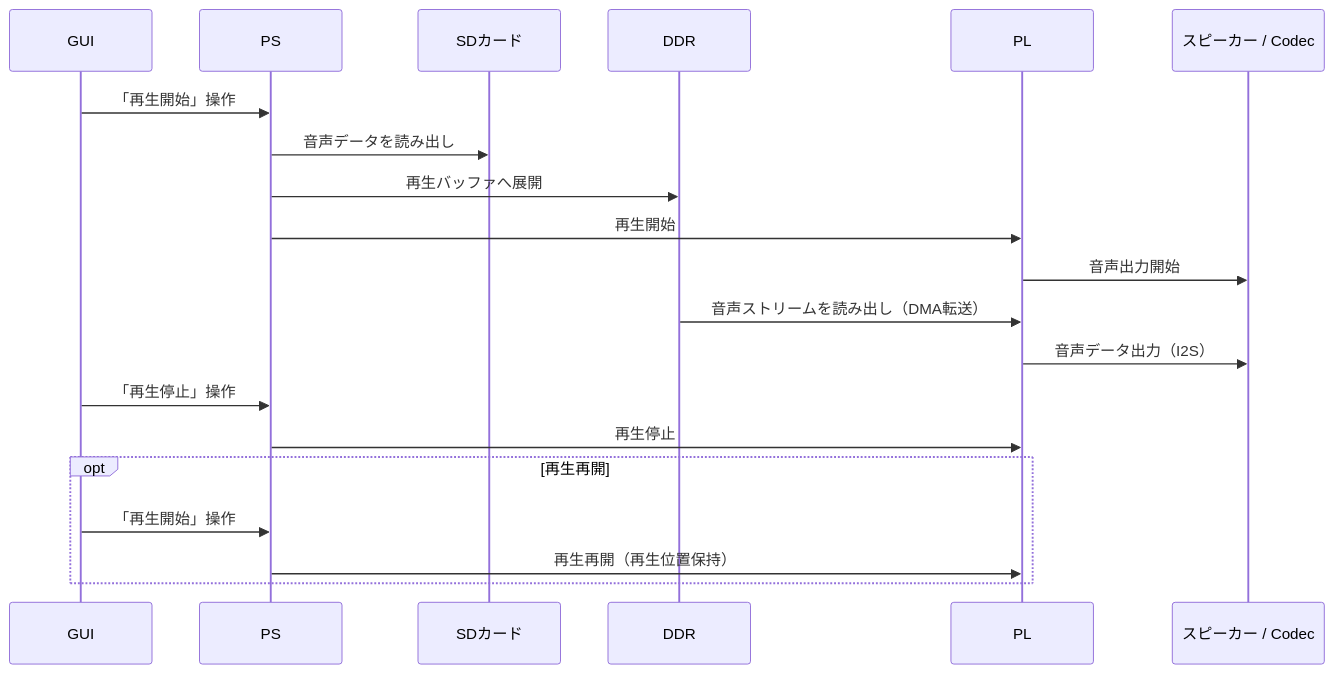
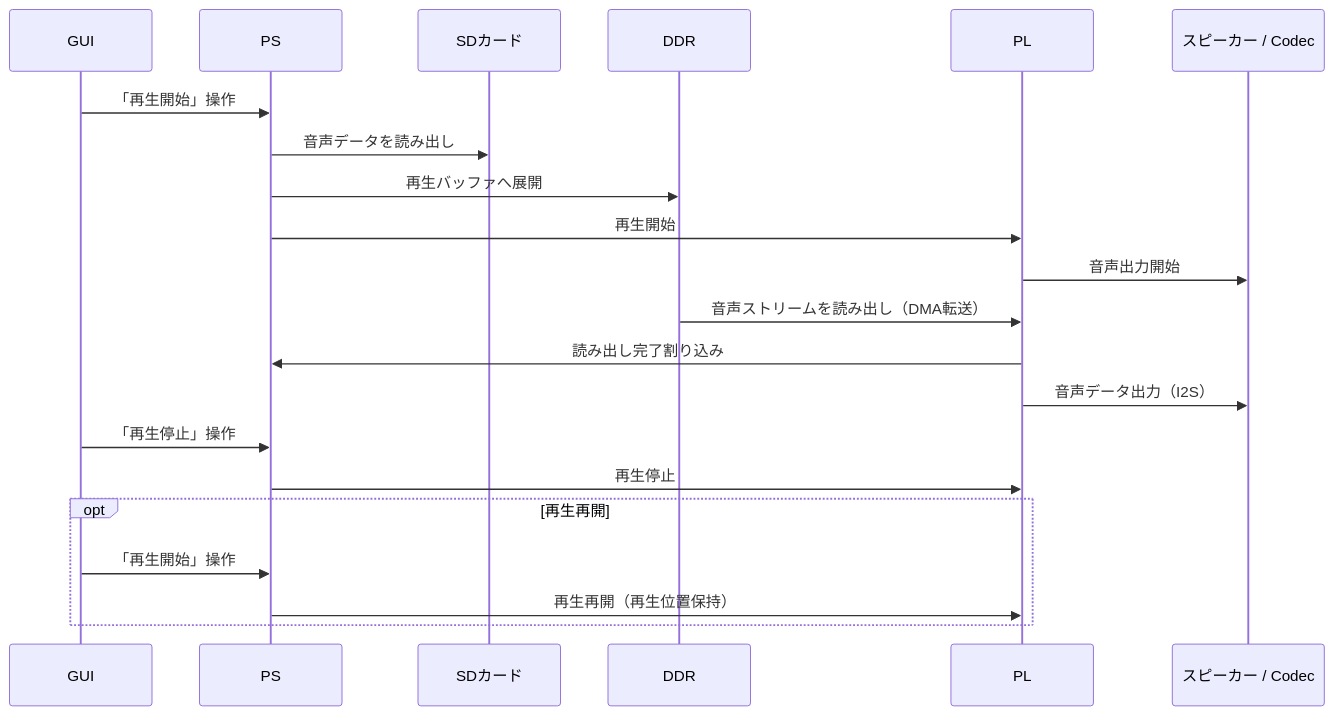
The second of 3 diagrams in docs/system_design.md (kiiisy/VoiceNote-System), drawn with Mermaid before and after one commit. The commit also changed other lines of this file and 1 other file, not shown here.

````diff
--- a/docs/system_design.md
+++ b/docs/system_design.md
@@ -306,25 +307,26 @@
 ```mermaid
 sequenceDiagram
     participant GUI as GUI
     participant PS as PS
     participant SD as SDカード
     participant DDR as DDR
     participant PL as PL
     participant Spk as スピーカー / Codec
 
     GUI->>PS: 「再生開始」操作
     PS->>SD: 音声データを読み出し
     PS->>DDR: 再生バッファへ展開
     PS->>PL: 再生開始
     PL->>Spk: 音声出力開始
     DDR->>PL: 音声ストリームを読み出し（DMA転送）
+    PL->>PS: 読み出し完了割り込み
     PL->>Spk: 音声データ出力（I2S）
 
     GUI->>PS: 「再生停止」操作
     PS->>PL: 再生停止
 
     opt 再生再開
         GUI->>PS: 「再生開始」操作
         PS->>PL: 再生再開（再生位置保持）
     end
 ```
````
